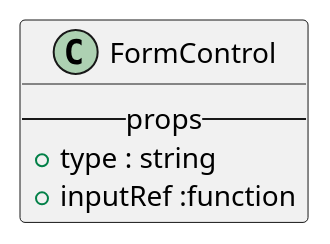
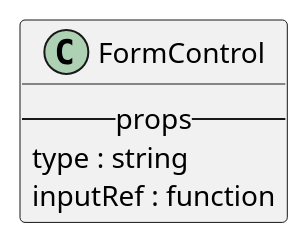
The diagram in react/bootstrap/formcontrol.iuml (M9k/Marvin-Uml), drawn with PlantUML before and after one commit. The commit also changed 10 other files, not shown here.

```diff
--- a/react/bootstrap/formcontrol.iuml
+++ b/react/bootstrap/formcontrol.iuml
@@ -1,5 +1,5 @@
 class FormControl{
     --props--
-        + type : string
-        + inputRef :function
+         type : string
+         inputRef : function
 }
```
